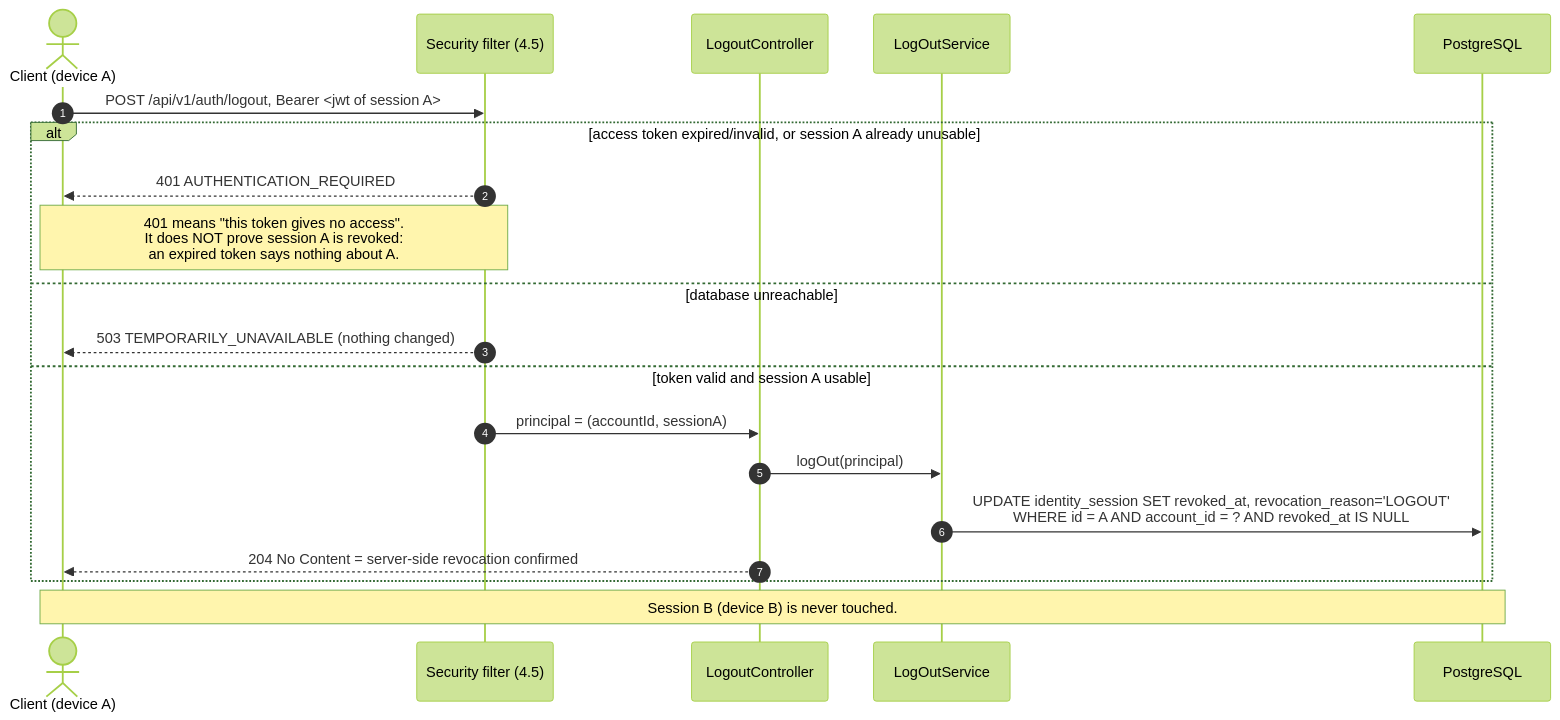
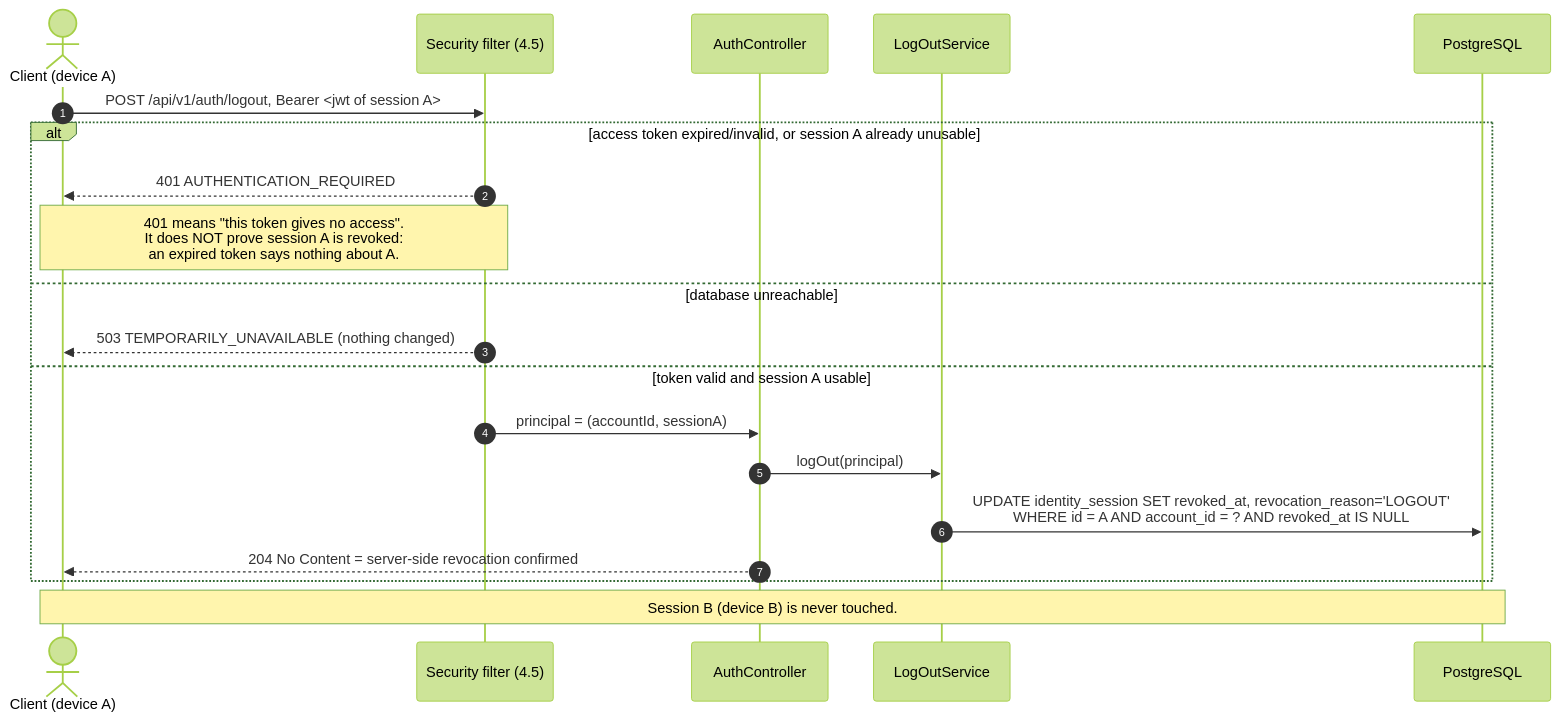
Before and after one commit to luubinhdeptrai/CapsuleAI: the sixth of 8 diagrams in docs/06-scrum/sprints/sprint-01/implementation-guides/shared-architecture.md, drawn with Mermaid (forest theme). The commit also changed other lines of this file and 10 other files, not shown here.

Commit message:
refactor auth controller

````diff
--- a/docs/06-scrum/sprints/sprint-01/implementation-guides/shared-architecture.md
+++ b/docs/06-scrum/sprints/sprint-01/implementation-guides/shared-architecture.md
@@ -382,22 +384,22 @@
 ```mermaid
 sequenceDiagram
     autonumber
     actor C as Client (device A)
     participant F as Security filter (4.5)
-    participant LC as LogoutController
+    participant LC as AuthController
     participant S as LogOutService
     participant DB as PostgreSQL
     C->>F: POST /api/v1/auth/logout, Bearer <jwt of session A>
     alt access token expired/invalid, or session A already unusable
         F-->>C: 401 AUTHENTICATION_REQUIRED
         Note over C,F: 401 means "this token gives no access".<br/>It does NOT prove session A is revoked:<br/>an expired token says nothing about A.
     else database unreachable
         F-->>C: 503 TEMPORARILY_UNAVAILABLE (nothing changed)
     else token valid and session A usable
         F->>LC: principal = (accountId, sessionA)
         LC->>S: logOut(principal)
         S->>DB: UPDATE identity_session SET revoked_at, revocation_reason='LOGOUT'<br/>WHERE id = A AND account_id = ? AND revoked_at IS NULL
         LC-->>C: 204 No Content = server-side revocation confirmed
     end
     Note over C,DB: Session B (device B) is never touched.
 ```
````
